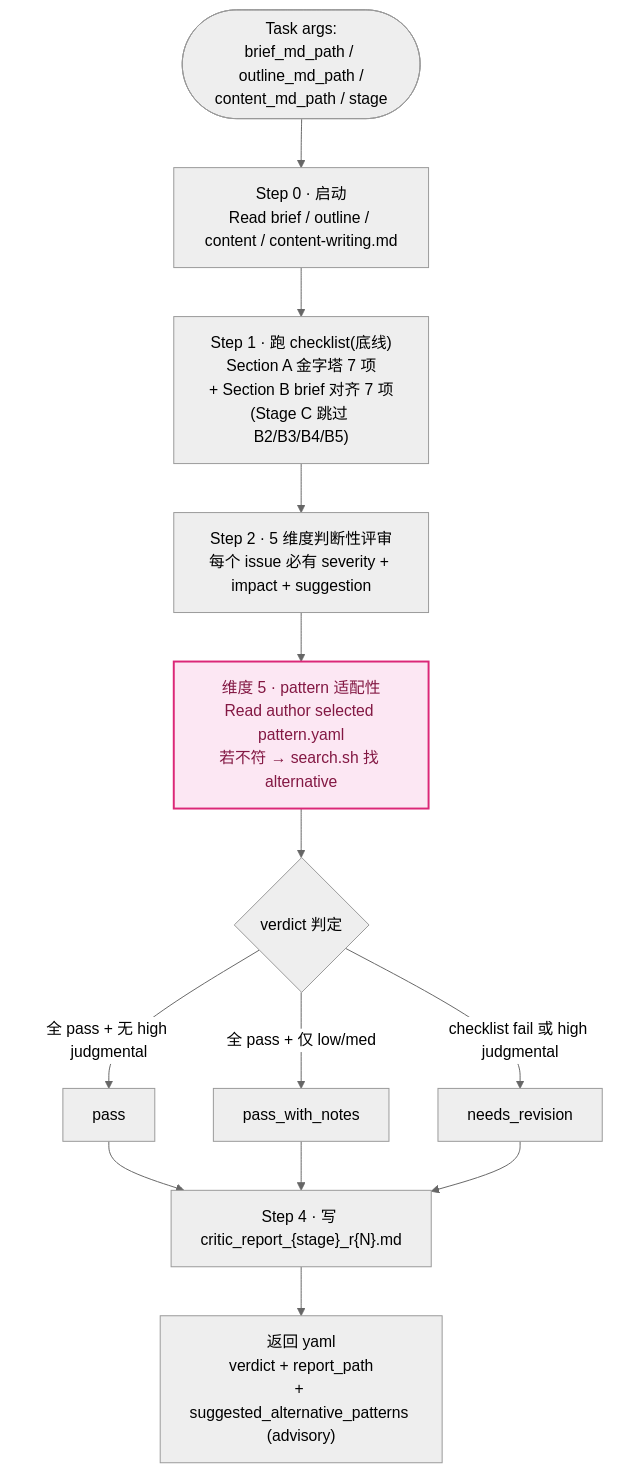
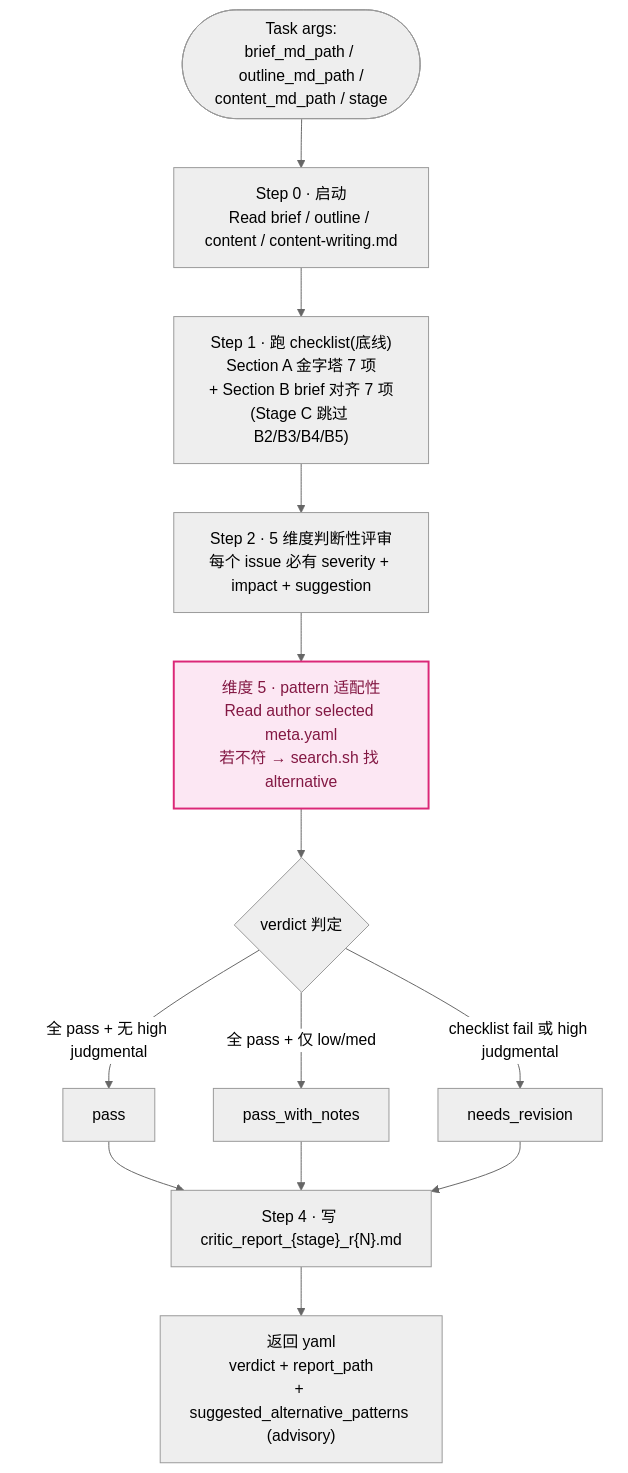
The eighth of 12 diagrams in docs/agent-internals.zh.md (rogerluo2016ROL/iLovePPT), drawn with Mermaid (neutral theme) before and after one commit. The commit also changed other lines of this file and 2 other files, not shown here.

Commit message:
chore(sweep): library/visual-patterns/patterns → items + pattern.yaml → meta.yaml

````diff
--- a/docs/agent-internals.zh.md
+++ b/docs/agent-internals.zh.md
@@ -769,19 +769,19 @@
 ```mermaid
 flowchart TB
     I([Task args:<br/>brief_md_path / outline_md_path /<br/>content_md_path / stage]) --> S0
     S0["Step 0 · 启动<br/>Read brief / outline / content / content-writing.md"] --> S1
     S1["Step 1 · 跑 checklist(底线)<br/>Section A 金字塔 7 项<br/>+ Section B brief 对齐 7 项<br/>(Stage C 跳过 B2/B3/B4/B5)"]
     S1 --> S2["Step 2 · 5 维度判断性评审<br/>每个 issue 必有 severity + impact + suggestion"]
-    S2 --> S25["维度 5 · pattern 适配性<br/>Read author selected pattern.yaml<br/>若不符 → search.sh 找 alternative"]
+    S2 --> S25["维度 5 · pattern 适配性<br/>Read author selected meta.yaml<br/>若不符 → search.sh 找 alternative"]
     S25 --> S3{verdict 判定}
     S3 -->|全 pass + 无 high judgmental| P["pass"]
     S3 -->|全 pass + 仅 low/med| PN["pass_with_notes"]
     S3 -->|checklist fail 或 high judgmental| NR["needs_revision"]
     P --> S4["Step 4 · 写 critic_report_{stage}_r{N}.md"]
     PN --> S4
     NR --> S4
     S4 --> RET["返回 yaml<br/>verdict + report_path<br/>+ suggested_alternative_patterns (advisory)"]
 
     classDef rag fill:#FCE7F3,stroke:#DB2777,stroke-width:2px,color:#831843
     class S25 rag
 ```
````
